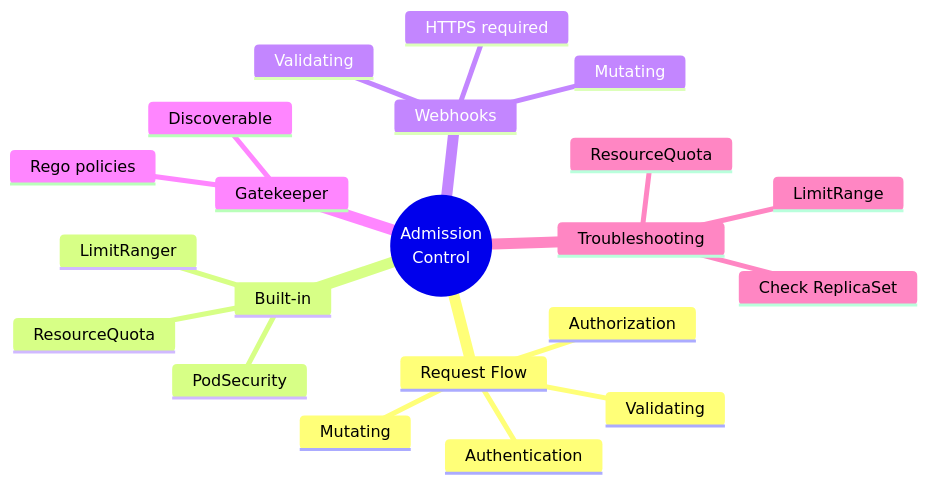
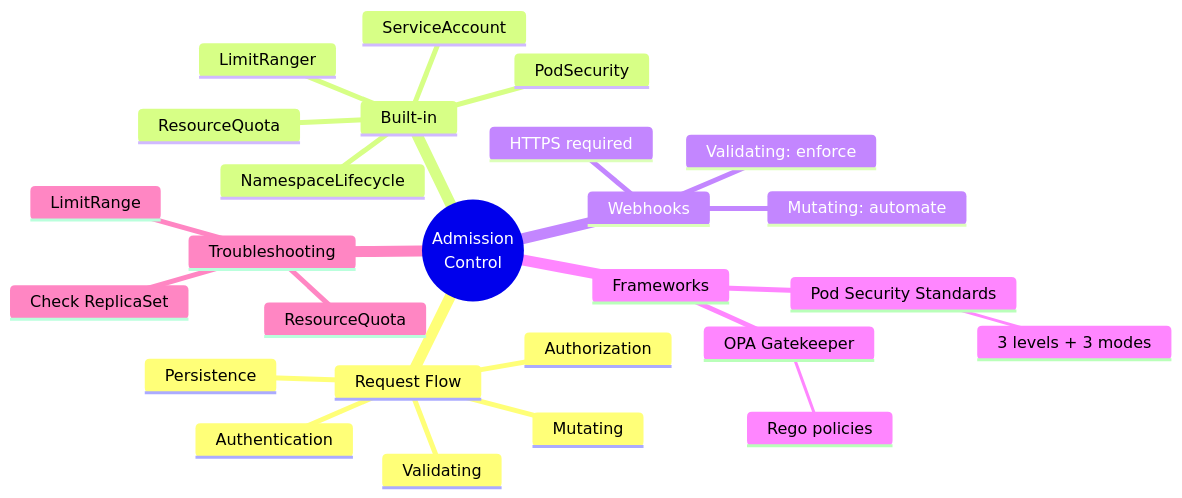
One commit to courselabs/kubernetes changed the eighth of 8 diagrams in slides/admission/slides.md. Above: the diagram before and after it, drawn with Mermaid. The commit also changed other lines of this file and 7 other files, not shown here.

````diff
--- a/slides/admission/slides.md
+++ b/slides/admission/slides.md
@@ -439,24 +501,29 @@
 ```mermaid
 mindmap
   root((Admission<br/>Control))
     Request Flow
       Authentication
       Authorization
       Mutating
       Validating
+      Persistence
     Built-in
+      NamespaceLifecycle
       LimitRanger
       ResourceQuota
+      ServiceAccount
       PodSecurity
     Webhooks
-      Validating
-      Mutating
+      Validating: enforce
+      Mutating: automate
       HTTPS required
-    Gatekeeper
-      Rego policies
-      Discoverable
+    Frameworks
+      OPA Gatekeeper
+        Rego policies
+      Pod Security Standards
+        3 levels + 3 modes
     Troubleshooting
       Check ReplicaSet
       ResourceQuota
       LimitRange
 ```
````
